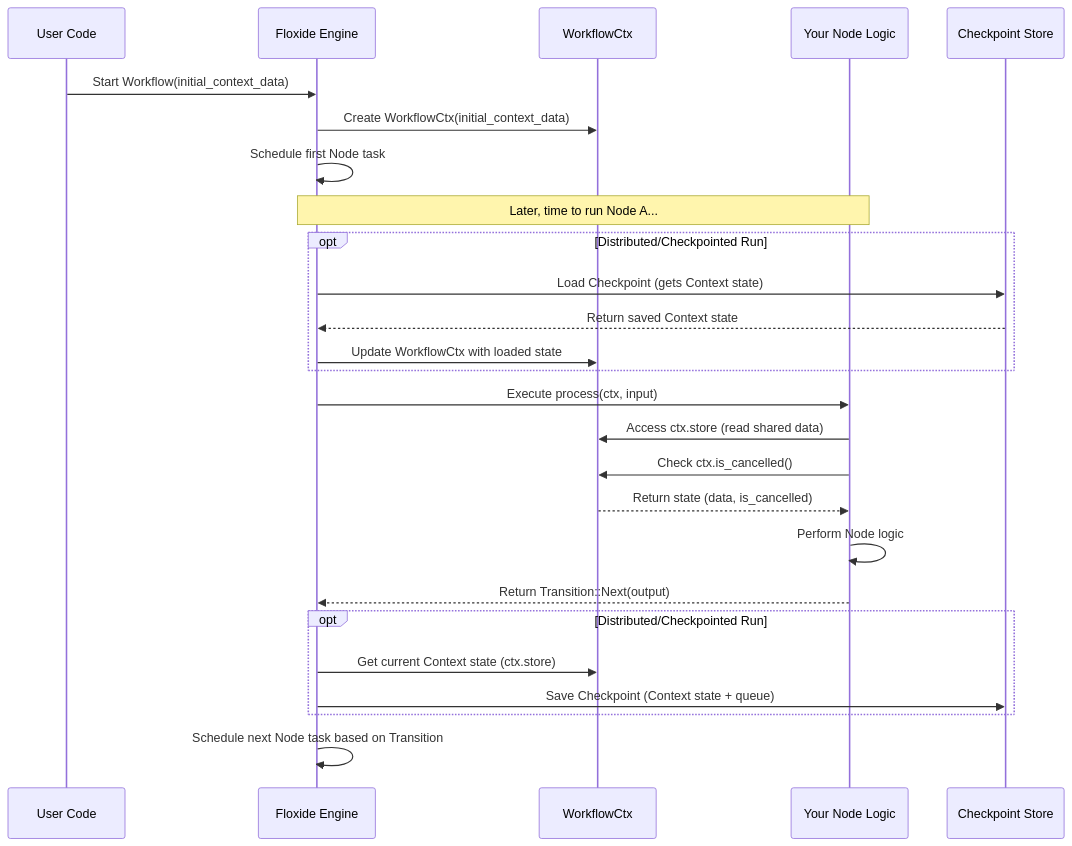
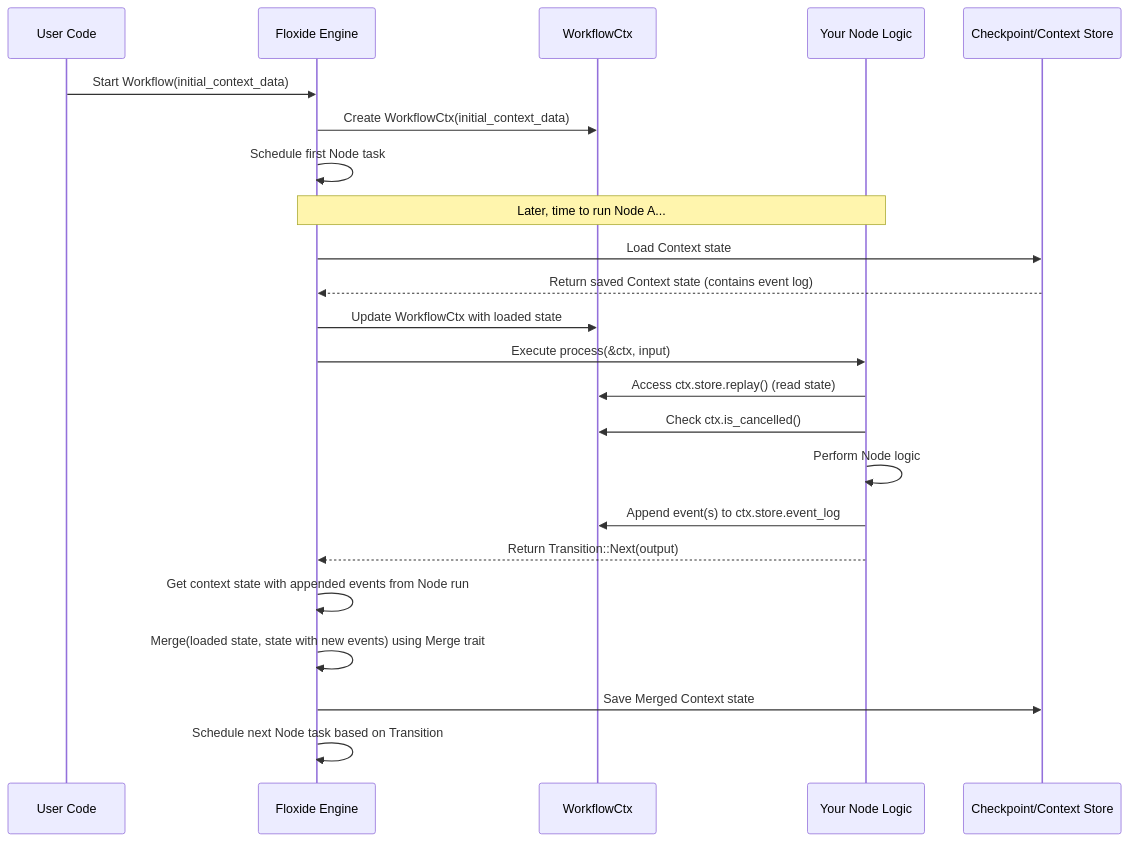
Before and after one commit to aitoroses/floxide: the diagram in docs/floxide-tutorial/03__workflowctx_____context__trait_.md, drawn with Mermaid. The commit also changed other lines of this file and 5 other files, not shown here.

First line of the commit message:
Enhance Floxide tutorial documentation for context and distributed workflows

````diff
--- a/docs/floxide-tutorial/03__workflowctx_____context__trait_.md
+++ b/docs/floxide-tutorial/03__workflowctx_____context__trait_.md
@@ -188,30 +274,27 @@
 ```mermaid
 sequenceDiagram
     participant User as User Code
     participant Engine as Floxide Engine
     participant Ctx as WorkflowCtx
     participant Node as Your Node Logic
-    participant Store as Checkpoint Store
+    participant Store as Checkpoint/Context Store
 
     User->>Engine: Start Workflow(initial_context_data)
     Engine->>Ctx: Create WorkflowCtx(initial_context_data)
     Engine->>Engine: Schedule first Node task
     Note over Engine, Node: Later, time to run Node A...
-    opt Distributed/Checkpointed Run
-        Engine->>Store: Load Checkpoint (gets Context state)
-        Store-->>Engine: Return saved Context state
-        Engine->>Ctx: Update WorkflowCtx with loaded state
-    end
-    Engine->>Node: Execute process(ctx, input)
-    Node->>Ctx: Access ctx.store (read shared data)
+    Engine->>Store: Load Context state
+    Store-->>Engine: Return saved Context state (contains event log)
+    Engine->>Ctx: Update WorkflowCtx with loaded state
+    Engine->>Node: Execute process(&ctx, input)
+    Node->>Ctx: Access ctx.store.replay() (read state)
     Node->>Ctx: Check ctx.is_cancelled()
-    Ctx-->>Node: Return state (data, is_cancelled)
     Node->>Node: Perform Node logic
+    Node->>Ctx: Append event(s) to ctx.store.event_log
     Node-->>Engine: Return Transition::Next(output)
-    opt Distributed/Checkpointed Run
-        Engine->>Ctx: Get current Context state (ctx.store)
-        Engine->>Store: Save Checkpoint (Context state + queue)
-    end
+    Engine->>Engine: Get context state with appended events from Node run
+    Engine->>Engine: Merge(loaded state, state with new events) using Merge trait
+    Engine->>Store: Save Merged Context state
     Engine->>Engine: Schedule next Node task based on Transition
 
 ```
````
